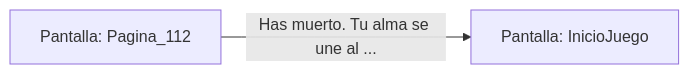
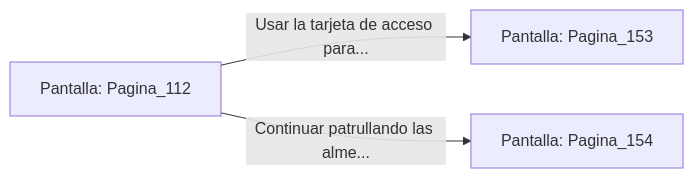
Before and after one commit to metsuke/mpl: the diagram in sample/eligejuego-vault/Pantalla_Pagina_112.md, drawn with Mermaid. The commit also changed other lines of this file and 635 other files, not shown here.

First line of the commit message:
fix: añadir Pagina_1 como pantalla inicial en capitulo_01.mpl

````diff
--- a/sample/eligejuego-vault/Pantalla_Pagina_112.md
+++ b/sample/eligejuego-vault/Pantalla_Pagina_112.md
@@ -17,5 +22,6 @@
 ```mermaid
 graph LR
     P_Pagina_112["Pantalla: Pagina_112"]
-    P_Pagina_112 -->|"Has muerto. Tu alma se une al ..."| P_InicioJuego["Pantalla: InicioJuego"]
+    P_Pagina_112 -->|"Usar la tarjeta de acceso para..."| P_Pagina_153["Pantalla: Pagina_153"]
+    P_Pagina_112 -->|"Continuar patrullando las alme..."| P_Pagina_154["Pantalla: Pagina_154"]
 ```
````
